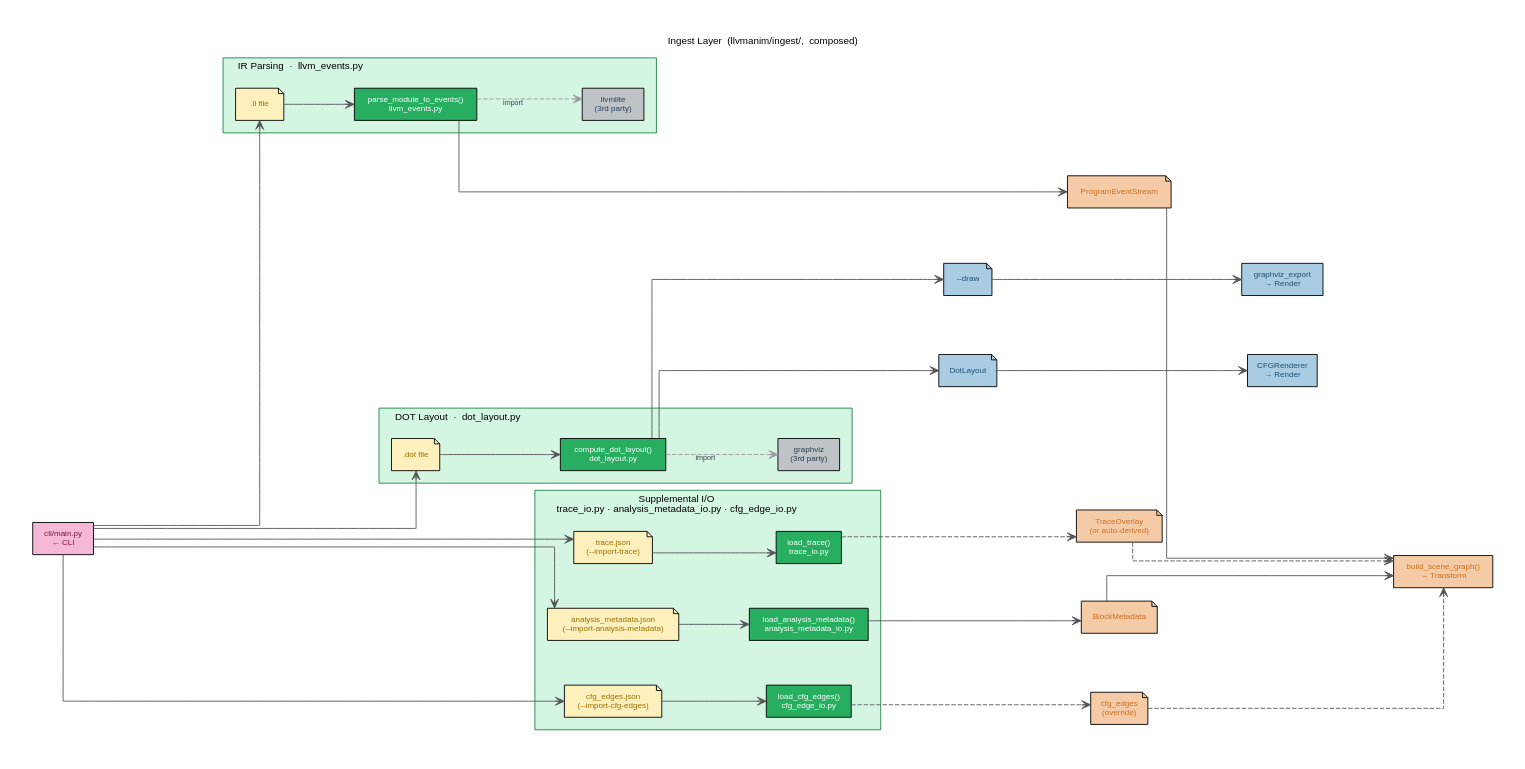
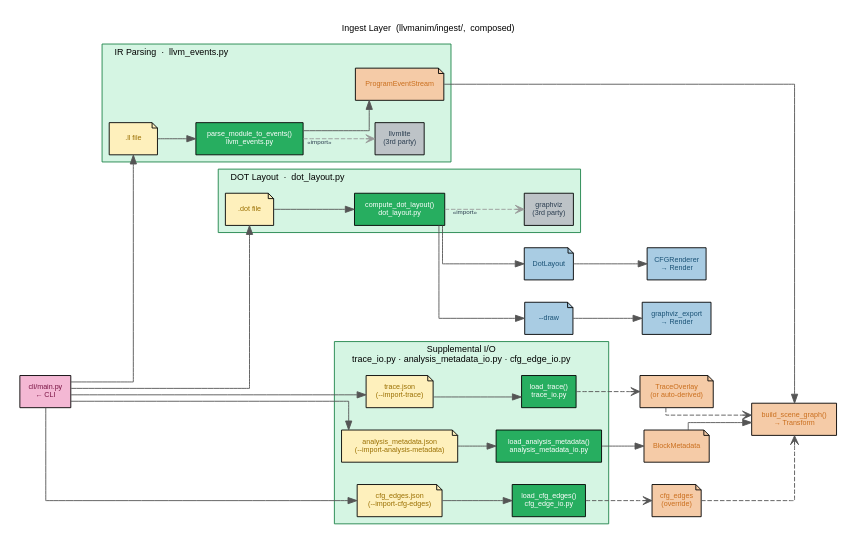
The diagram in docs/architecture/01_architecture_overview/01b_ingest_layer/dots/01b_ingest_layer.dot (BenHoule/LLVManim), drawn with Graphviz before and after one commit. The commit also changed 77 other files, not shown here.

First line of the commit message:
Add CLI dispatch architecture images

```diff
--- a/docs/architecture/01_architecture_overview/01b_ingest_layer/dots/01b_ingest_layer.dot
+++ b/docs/architecture/01_architecture_overview/01b_ingest_layer/dots/01b_ingest_layer.dot
@@ -1,155 +1,155 @@
 /**
  * 01b_ingest_layer.dot  (composed)
  *
  * Full Ingest layer detail.  Composed from the three subgraphs:
  *
  *   01b1_ir_parsing.dot       — parse_module_to_events
  *   01b2_dot_layout.dot       — compute_dot_layout
  *   01b3_supplemental_io.dot  — load_trace / load_analysis_metadata / load_cfg_edges
  *
  * Key source files:
  *   src/llvmanim/ingest/llvm_events.py          — parse_module_to_events()
  *   src/llvmanim/ingest/dot_layout.py           — compute_dot_layout()
  *   src/llvmanim/ingest/trace_io.py             — load_trace()
  *   src/llvmanim/ingest/analysis_metadata_io.py — load_analysis_metadata()
  *   src/llvmanim/ingest/cfg_edge_io.py          — load_cfg_edges()
  *
  * Render:
  *   dot -Tpdf 01b_ingest_layer.dot -o ../01b_ingest_layer.pdf
  */
 digraph ingest_layer {
     graph [
         rankdir  = LR
-        fontname = "Helvetica" fontsize = 11
+        fontname = "Helvetica" fontsize = 10
         label    = "Ingest Layer  (llvmanim/ingest/,  composed)"
         labelloc = t
         splines  = ortho
-        nodesep  = 0.7
-        ranksep  = 1.1
-        pad      = 0.4
+        nodesep  = 0.35
+        ranksep  = 0.6
+        pad      = 0.2
         bgcolor  = "white"
     ]
-    node [fontname="Helvetica" fontsize=9 style=filled shape=box margin="0.12,0.06"]
-    edge [fontname="Helvetica" fontsize=8 arrowhead=open color="#555555"]
+    node [fontname="Helvetica" fontsize=8 style=filled shape=box margin="0.08,0.04"]
+    edge [fontname="Helvetica" fontsize=7 arrowhead=normal color="#555555"]
 
     /* ── Shared entry / exit stubs ──────────────────────────────── */
     cli_main     [label="cli/main.py\n← CLI"               fillcolor="#f4b8d4" fontcolor="#7a1545"]
     build_sg     [label="build_scene_graph()\n→ Transform"  fillcolor="#f5cba7" fontcolor="#ca6f1e"]
     cfg_renderer [label="CFGRenderer\n→ Render"             fillcolor="#a9cce3" fontcolor="#1a5276"]
     gviz_export  [label="graphviz_export\n→ Render"         fillcolor="#a9cce3" fontcolor="#1a5276"]
-    pes          [label="ProgramEventStream" fillcolor="#f5cba7" fontcolor="#ca6f1e" shape=note]
 
     /* ══════════════════════════════════════════════════════════════
        IR PARSING
        source: 01b1_ir_parsing.dot
     ══════════════════════════════════════════════════════════════ */
     subgraph cluster_ir_parsing {
 
         label     = "IR Parsing  ·  llvm_events.py"
         style     = filled
         fillcolor = "#d5f5e3"
         color     = "#1e8449"
-        margin    = 14
+        margin    = 8
         labeljust = l
 
         in_ll        [label=".ll file" fillcolor="#fef0bc" fontcolor="#9a6f00" shape=note]
         parse_events [label="parse_module_to_events()\nllvm_events.py"
                       fillcolor="#27ae60" fontcolor="white"]
         llvmlite     [label="llvmlite\n(3rd party)" fillcolor="#bdc3c7" fontcolor="#2c3e50"]
+        pes          [label="ProgramEventStream" fillcolor="#f5cba7" fontcolor="#ca6f1e" shape=note]
 
         in_ll -> parse_events
-        parse_events -> llvmlite [style=dashed xlabel="import" fontcolor="#2c3e50" color="#999999"]
+        parse_events -> pes
+        parse_events -> llvmlite [style=dashed arrowhead=open xlabel="«import»" fontcolor="#2c3e50" color="#999999"]
     }
 
     /* ══════════════════════════════════════════════════════════════
        DOT LAYOUT
        source: 01b2_dot_layout.dot
     ══════════════════════════════════════════════════════════════ */
     subgraph cluster_dot_layout {
 
         label     = "DOT Layout  ·  dot_layout.py"
         style     = filled
         fillcolor = "#d5f5e3"
         color     = "#1e8449"
-        margin    = 14
+        margin    = 8
         labeljust = l
 
         dot_layout [label="compute_dot_layout()\ndot_layout.py"
                     fillcolor="#27ae60" fontcolor="white"]
         graphviz   [label="graphviz\n(3rd party)" fillcolor="#bdc3c7" fontcolor="#2c3e50"]
         in_dot     [label=".dot file" fillcolor="#fef0bc" fontcolor="#9a6f00" shape=note]
 
         in_dot -> dot_layout
-        dot_layout -> graphviz [style=dashed xlabel="import" fontcolor="#2c3e50" color="#999999"]
+        dot_layout -> graphviz [style=dashed arrowhead=open xlabel="«import»" fontcolor="#2c3e50" color="#999999"]
     }
 
     /* ══════════════════════════════════════════════════════════════
        SUPPLEMENTAL I/O
        source: 01b3_supplemental_io.dot
     ══════════════════════════════════════════════════════════════ */
     subgraph cluster_supplemental_io {
 
         label     = "Supplemental I/O\ntrace_io.py · analysis_metadata_io.py · cfg_edge_io.py"
         style     = filled
         fillcolor = "#d5f5e3"
         color     = "#1e8449"
-        margin    = 14
+        margin    = 8
         labeljust = l
 
         in_trace [label="trace.json\n(--import-trace)"
                   fillcolor="#fef0bc" fontcolor="#9a6f00" shape=note]
         in_meta  [label="analysis_metadata.json\n(--import-analysis-metadata)"
                   fillcolor="#fef0bc" fontcolor="#9a6f00" shape=note]
         in_edges [label="cfg_edges.json\n(--import-cfg-edges)"
                   fillcolor="#fef0bc" fontcolor="#9a6f00" shape=note]
 
         trace_io    [label="load_trace()\ntrace_io.py"
                      fillcolor="#27ae60" fontcolor="white"]
         meta_io     [label="load_analysis_metadata()\nanalysis_metadata_io.py"
                      fillcolor="#27ae60" fontcolor="white"]
         cfg_edge_io [label="load_cfg_edges()\ncfg_edge_io.py"
                      fillcolor="#27ae60" fontcolor="white"]
 
         in_trace -> trace_io
         in_meta  -> meta_io
         in_edges -> cfg_edge_io
     }
 
     /* ── Cross: CLI → IR parsing ────────────────────────────────── */
-    cli_main -> in_ll [minlen=2]
+    cli_main -> in_ll [minlen=1]
 
     /* ── Cross: IR parsing → ProgramEventStream → Transform ──── */
-    parse_events -> pes      [minlen=2]
-    pes          -> build_sg [minlen=2]
+    pes          -> build_sg [minlen=1]
 
     /* ── Cross: CLI → DOT layout ────────────────────────────────── */
-    cli_main -> in_dot [minlen=2]
+    cli_main -> in_dot [minlen=1]
 
     /* ── Cross: DOT layout → output stubs ───────────────────────── */
     dot_layout_data [label="DotLayout" fillcolor="#a9cce3" fontcolor="#1a5276" shape=note]
     draw_flag       [label="--draw"    fillcolor="#a9cce3" fontcolor="#1a5276" shape=note]
-    dot_layout -> dot_layout_data [minlen=2]
-    dot_layout_data -> cfg_renderer [minlen=2]
-    dot_layout -> draw_flag   [minlen=2]
-    draw_flag  -> gviz_export [minlen=2]
+    dot_layout -> dot_layout_data [minlen=1]
+    dot_layout_data -> cfg_renderer [minlen=1]
+    dot_layout -> draw_flag   [minlen=1]
+    draw_flag  -> gviz_export [minlen=1]
 
     /* ── Cross: CLI → supplemental file inputs ──────────────────── */
-    cli_main -> in_trace [minlen=2]
-    cli_main -> in_meta  [minlen=2]
-    cli_main -> in_edges [minlen=2]
+    cli_main -> in_trace [minlen=1]
+    cli_main -> in_meta  [minlen=1]
+    cli_main -> in_edges [minlen=1]
 
     /* ── Cross: supplemental loaders → output stubs ─────────────── */
     trace_overlay [label="TraceOverlay\n(or auto-derived)" fillcolor="#f5cba7" fontcolor="#ca6f1e" shape=note]
-    trace_io    -> trace_overlay [minlen=2 style=dashed]
-    trace_overlay -> build_sg    [minlen=2 style=dashed]
+    trace_io    -> trace_overlay [minlen=1 style=dashed arrowhead=open]
+    trace_overlay -> build_sg    [minlen=1 style=dashed arrowhead=open]
     block_meta  [label="BlockMetadata" fillcolor="#f5cba7" fontcolor="#ca6f1e" shape=note]
     cfg_edges_d [label="cfg_edges\n(override)" fillcolor="#f5cba7" fontcolor="#ca6f1e" shape=note]
-    meta_io     -> block_meta  [minlen=2]
-    block_meta  -> build_sg    [minlen=2]
-    cfg_edge_io -> cfg_edges_d [minlen=2 style=dashed]
-    cfg_edges_d -> build_sg    [minlen=2 style=dashed]
+    meta_io     -> block_meta  [minlen=1]
+    block_meta  -> build_sg    [minlen=1]
+    cfg_edge_io -> cfg_edges_d [minlen=1 style=dashed arrowhead=open]
+    cfg_edges_d -> build_sg    [minlen=1 style=dashed arrowhead=open]
 
     /* ── Ordering: force clusters top-to-bottom ────────────────── */
     parse_events -> dot_layout  [style=invis]
     dot_layout   -> trace_io    [style=invis]
 }
```
